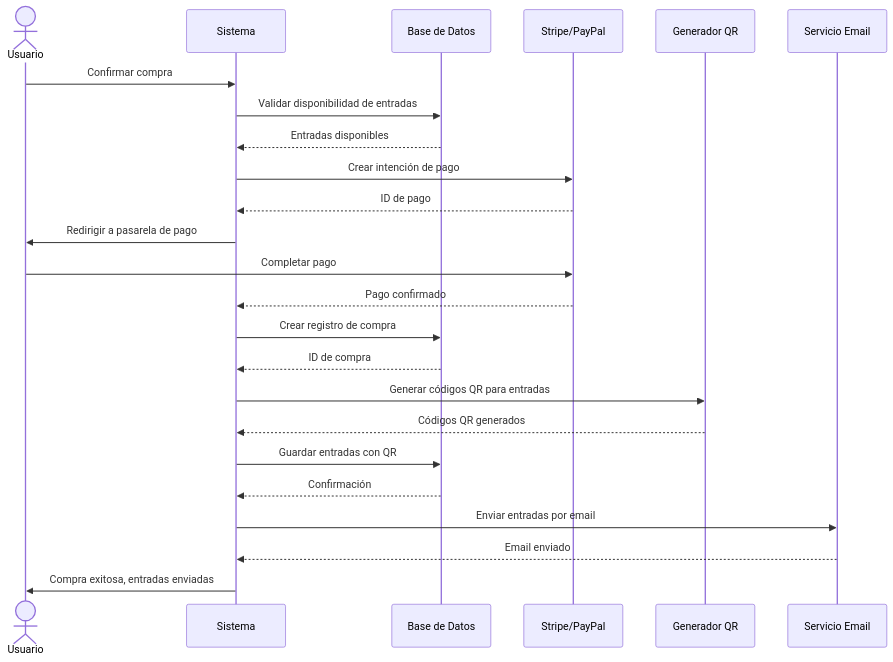
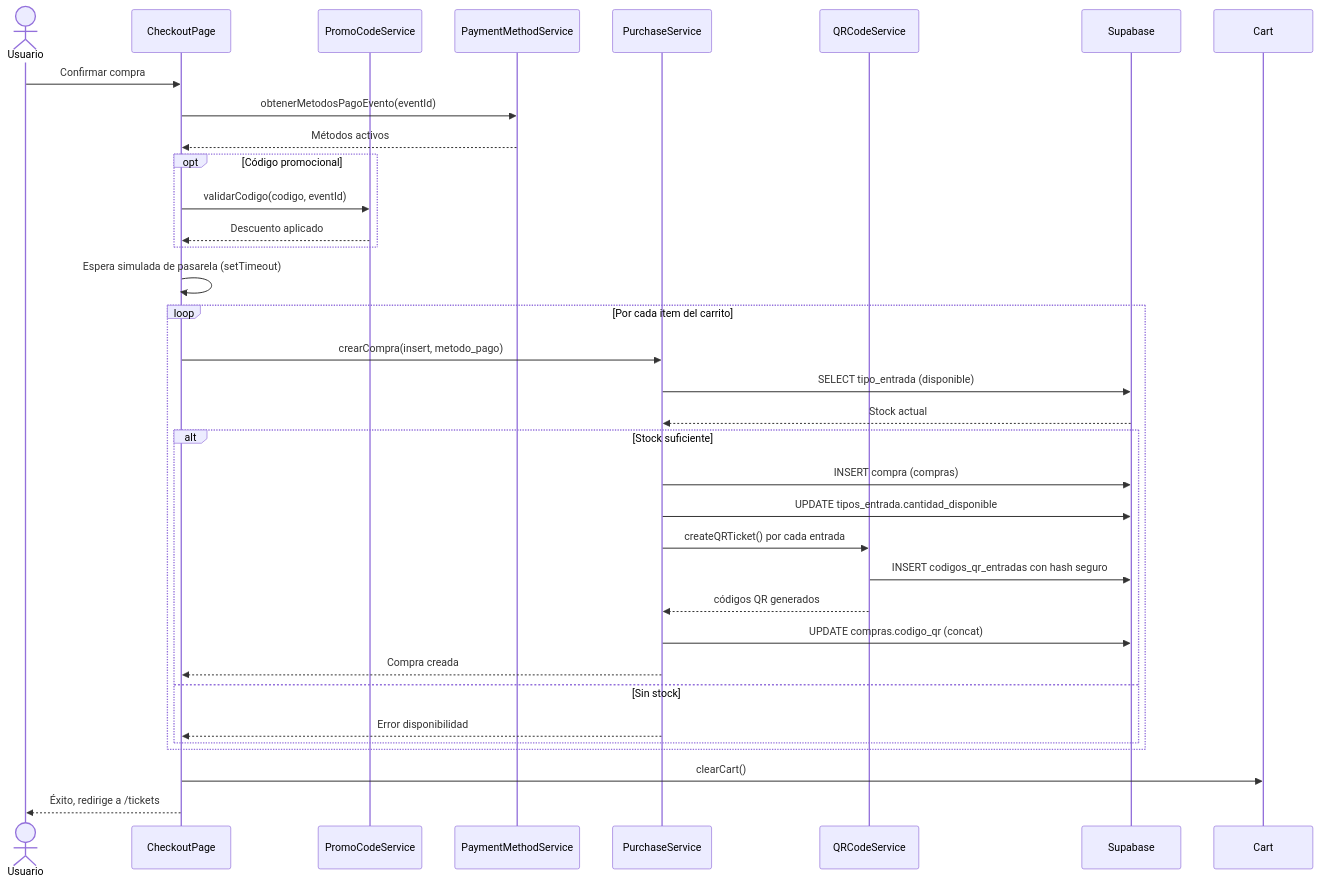
One commit to Deibyd07/Gestion-de-Eventos changed diagram 12 of 33 in Documentacion/Diagramas/Diagrama_Secuencias.md. Above: the diagram before and after it, drawn with Mermaid. The commit also changed other lines of this file, not shown here.

Commit message:
Update sequence diagrams to reflect actual implementation

````diff
--- a/Documentacion/Diagramas/Diagrama_Secuencias.md
+++ b/Documentacion/Diagramas/Diagrama_Secuencias.md
@@ -270,27 +215,37 @@
 ```mermaid
 sequenceDiagram
     actor Usuario
-    participant Sistema
-    participant BD as Base de Datos
-    participant Payment as Stripe/PayPal
-    participant QR as Generador QR
-    participant Email as Servicio Email
-    
-    Usuario->>Sistema: Confirmar compra
-    Sistema->>BD: Validar disponibilidad de entradas
-    BD-->>Sistema: Entradas disponibles
-    Sistema->>Payment: Crear intención de pago
-    Payment-->>Sistema: ID de pago
-    Sistema->>Usuario: Redirigir a pasarela de pago
-    Usuario->>Payment: Completar pago
-    Payment-->>Sistema: Pago confirmado
-    Sistema->>BD: Crear registro de compra
-    BD-->>Sistema: ID de compra
-    Sistema->>QR: Generar códigos QR para entradas
-    QR-->>Sistema: Códigos QR generados
-    Sistema->>BD: Guardar entradas con QR
-    BD-->>Sistema: Confirmación
-    Sistema->>Email: Enviar entradas por email
-    Email-->>Sistema: Email enviado
-    Sistema->>Usuario: Compra exitosa, entradas enviadas
+    participant App as CheckoutPage
+    participant Promo as PromoCodeService
+    participant PayMethod as PaymentMethodService
+    participant Purchase as PurchaseService
+    participant QR as QRCodeService
+    participant BD as Supabase
+
+    Usuario->>App: Confirmar compra
+    App->>PayMethod: obtenerMetodosPagoEvento(eventId)
+    PayMethod-->>App: Métodos activos
+    opt Código promocional
+        App->>Promo: validarCodigo(codigo, eventId)
+        Promo-->>App: Descuento aplicado
+    end
+    App->>App: Espera simulada de pasarela (setTimeout)
+    loop Por cada item del carrito
+        App->>Purchase: crearCompra(insert, metodo_pago)
+        Purchase->>BD: SELECT tipo_entrada (disponible)
+        BD-->>Purchase: Stock actual
+        alt Stock suficiente
+            Purchase->>BD: INSERT compra (compras)
+            Purchase->>BD: UPDATE tipos_entrada.cantidad_disponible
+            Purchase->>QR: createQRTicket() por cada entrada
+            QR->>BD: INSERT codigos_qr_entradas con hash seguro
+            QR-->>Purchase: códigos QR generados
+            Purchase->>BD: UPDATE compras.codigo_qr (concat)
+            Purchase-->>App: Compra creada
+        else Sin stock
+            Purchase-->>App: Error disponibilidad
+        end
+    end
+    App->>Cart: clearCart()
+    App-->>Usuario: Éxito, redirige a /tickets
 ```
````
